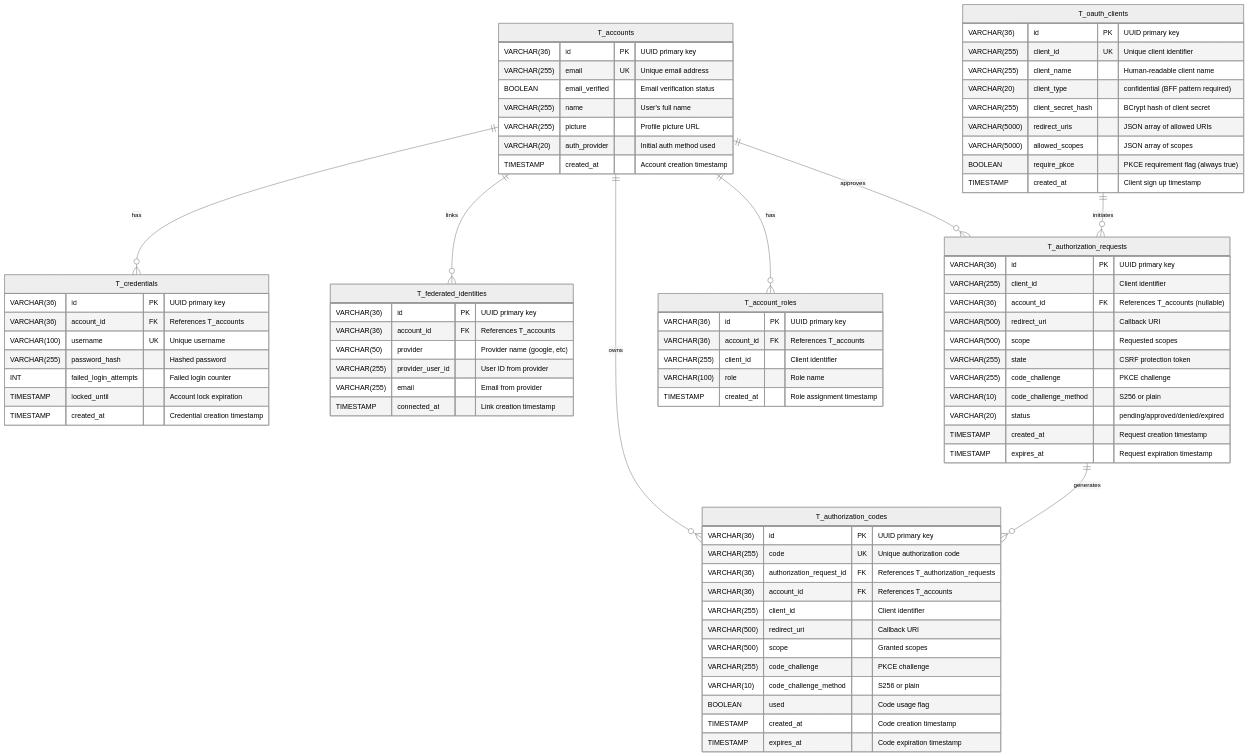
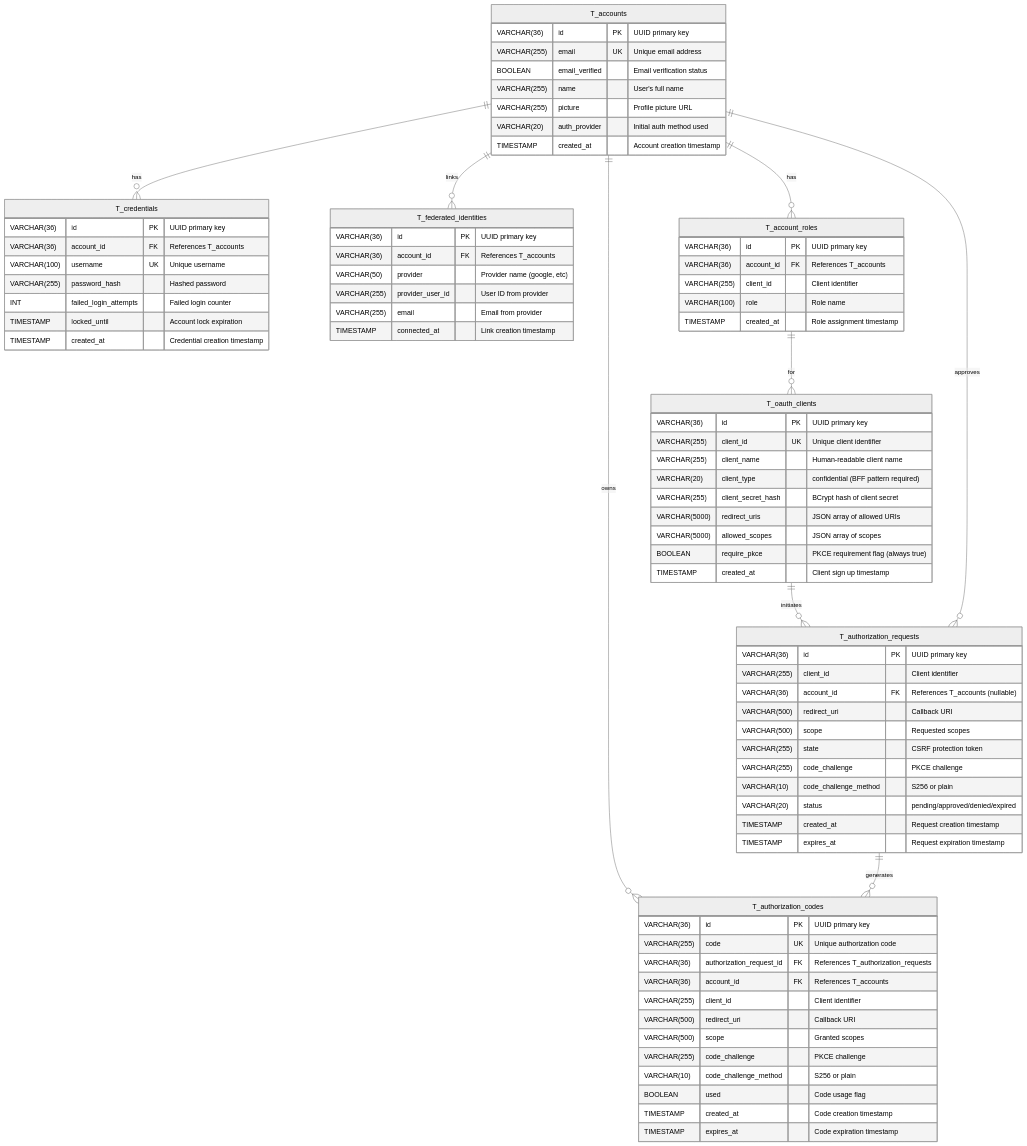
Before and after one commit to abstratium-dev/abstrauth: the diagram in docs/DATABASE.md, drawn with Mermaid (neutral theme). The commit also changed 24 other files, not shown here.

```diff
--- a/docs/DATABASE.md
+++ b/docs/DATABASE.md
@@ -12,6 +12,7 @@
     T_accounts ||--o{ T_federated_identities : "links"
     T_accounts ||--o{ T_authorization_codes : "owns"
     T_accounts ||--o{ T_account_roles : "has"
+    T_account_roles ||--o{ T_oauth_clients : "for"
     T_oauth_clients ||--o{ T_authorization_requests : "initiates"
     T_authorization_requests ||--o{ T_authorization_codes : "generates"
     T_accounts ||--o{ T_authorization_requests : "approves"
```
